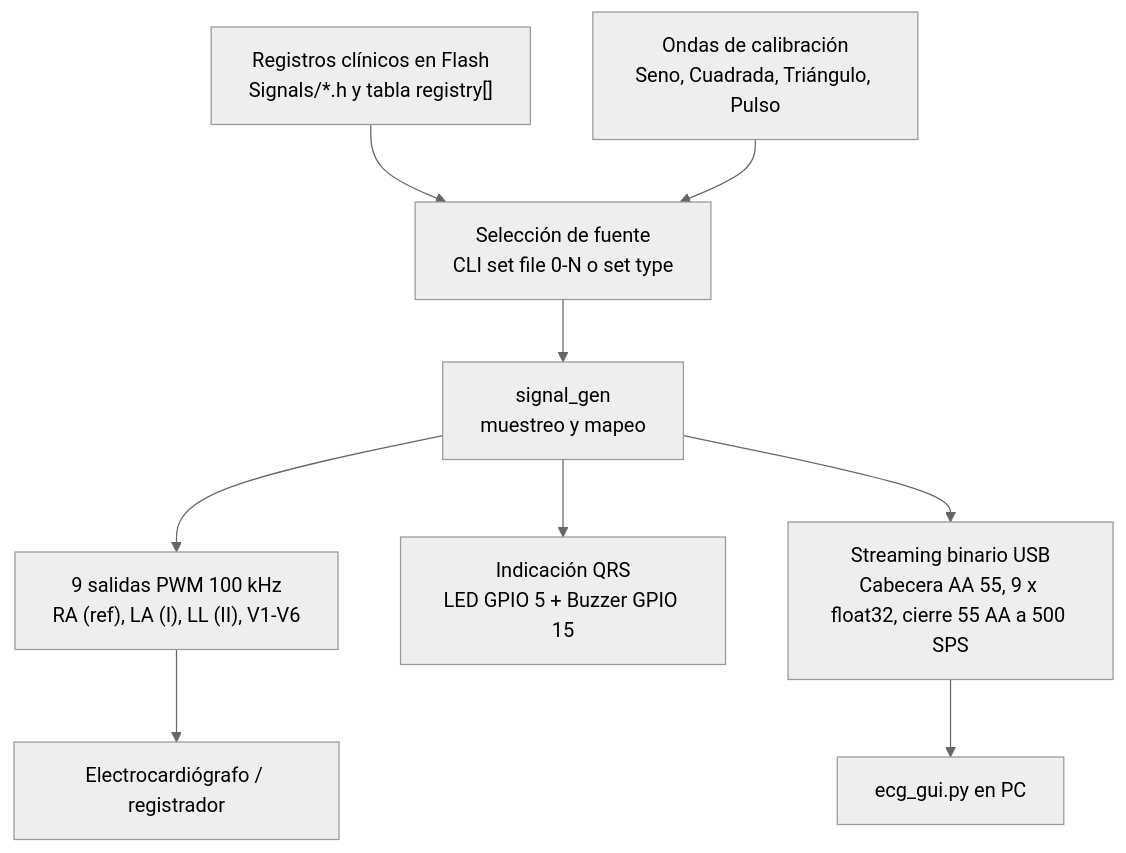
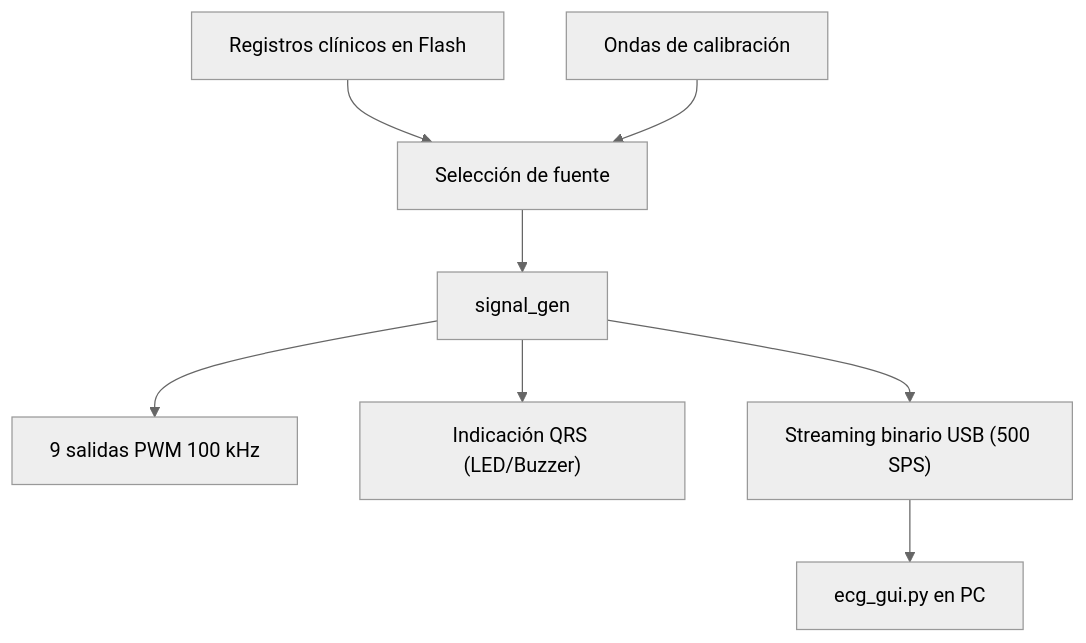
The diagram in firmware/01_pico_ecg/README.md (prototipado/ECG_Phantom), drawn with Mermaid (neutral theme) before and after one commit. The commit also changed other lines of this file and 6 other files, not shown here.

````diff
--- a/firmware/01_pico_ecg/README.md
+++ b/firmware/01_pico_ecg/README.md
@@ -90,11 +78,10 @@
 ```mermaid
 flowchart TD
-    SRC1["Registros clínicos en Flash<br/>Signals/*.h y tabla registry[]"] --> SEL["Selección de fuente<br/>CLI set file 0-N o set type"]
-    SRC2["Ondas de calibración<br/>Seno, Cuadrada, Triángulo, Pulso"] --> SEL
-    SEL --> GEN["signal_gen<br/>muestreo y mapeo"]
-    GEN --> PWM["9 salidas PWM 100 kHz<br/>RA (ref), LA (I), LL (II), V1-V6"]
-    GEN --> QRS["Indicación QRS<br/>LED GPIO 5 + Buzzer GPIO 15"]
-    GEN --> STREAM["Streaming binario USB<br/>Cabecera AA 55, 9 x float32, cierre 55 AA a 500 SPS"]
+    SRC1["Registros clínicos en Flash"] --> SEL["Selección de fuente"]
+    SRC2["Ondas de calibración"] --> SEL
+    SEL --> GEN["signal_gen"]
+    GEN --> PWM["9 salidas PWM 100 kHz"]
+    GEN --> QRS["Indicación QRS (LED/Buzzer)"]
+    GEN --> STREAM["Streaming binario USB (500 SPS)"]
     STREAM --> GUI["ecg_gui.py en PC"]
-    PWM --> REC["Electrocardiógrafo / registrador"]
 ```
````
